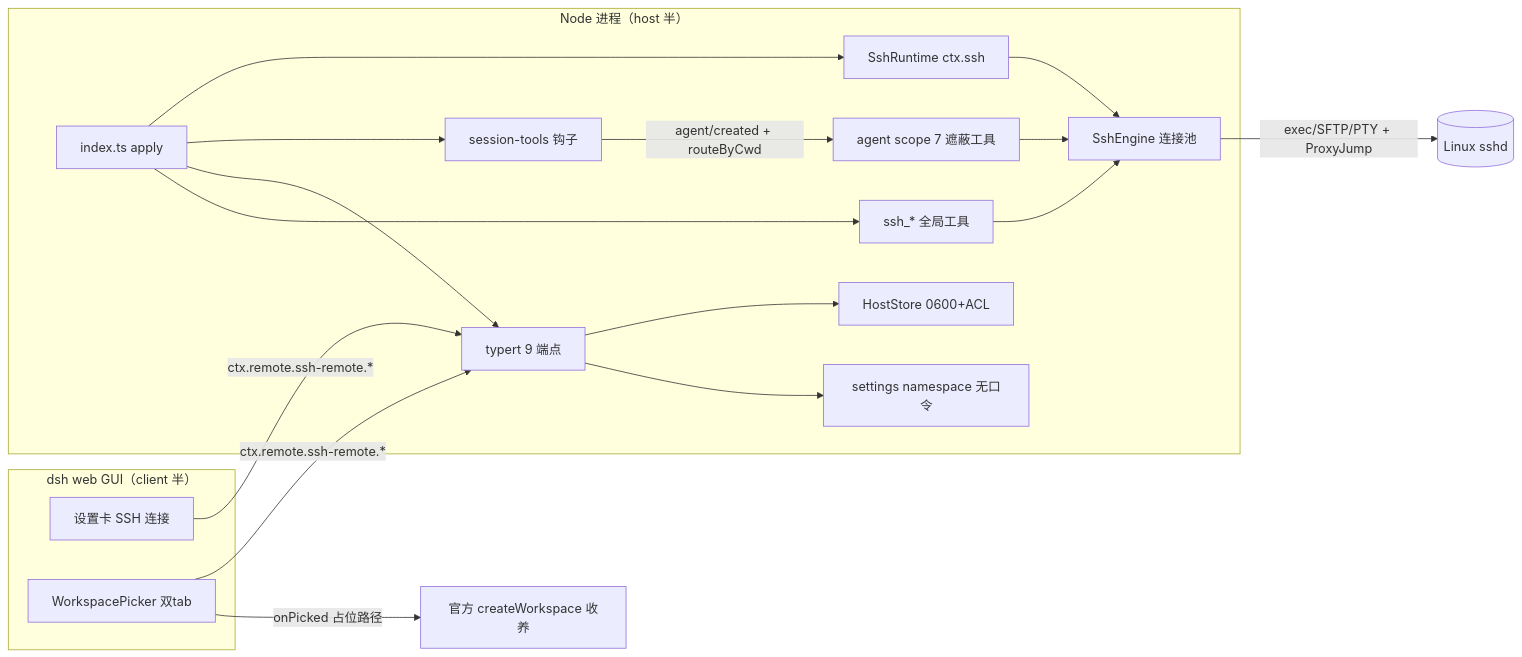
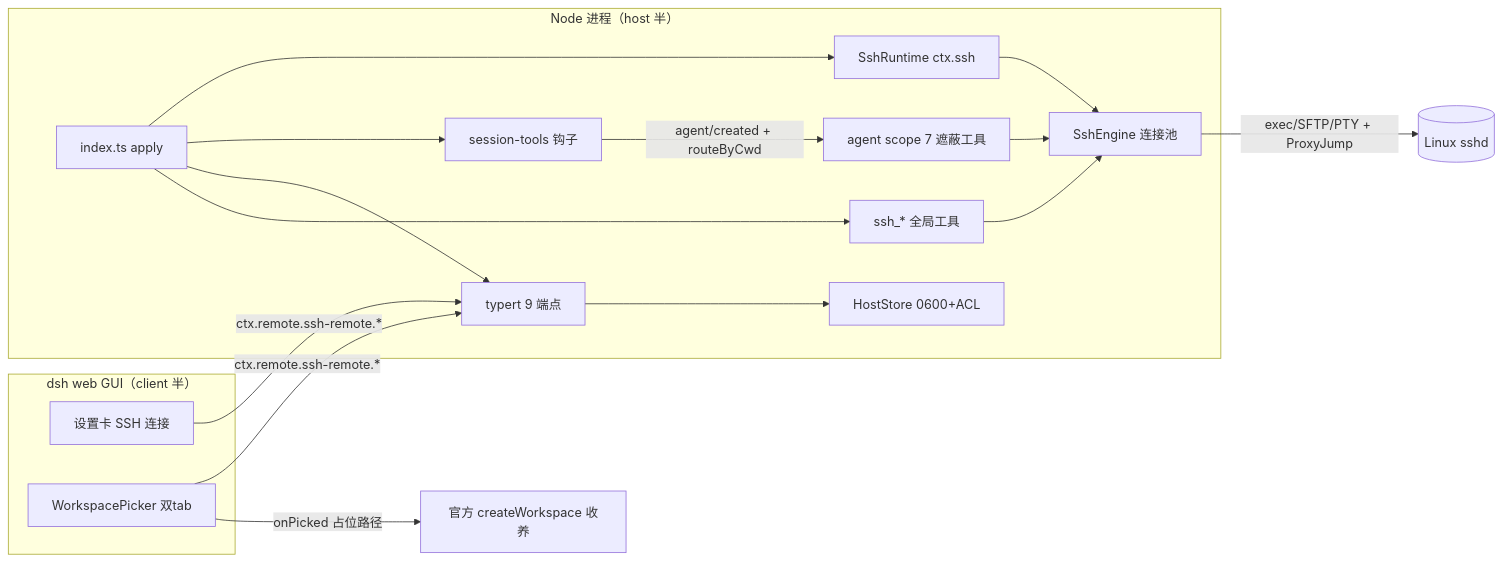
The diagram in docs/REPO-WIKI.md (harryopo/dsh-cloud-workspaces), drawn with Mermaid before and after one commit. The commit also changed other lines of this file and 2 other files, not shown here.

````diff
--- a/docs/REPO-WIKI.md
+++ b/docs/REPO-WIKI.md
@@ -70,23 +67,22 @@
 ```mermaid
 flowchart LR
   subgraph Browser["dsh web GUI（client 半）"]
     CARD[设置卡 SSH 连接]
     PICKER[WorkspacePicker 双tab]
   end
   subgraph Host["Node 进程（host 半）"]
     IDX[index.ts apply] --> RT[SshRuntime ctx.ssh]
     RT --> ENG[SshEngine 连接池]
     IDX --> ST[session-tools 钩子]
     IDX --> TY[typert 9 端点]
     IDX --> TOOLS[ssh_* 全局工具]
     TY --> STORE[HostStore 0600+ACL]
-    TY --> HS[settings namespace 无口令]
     ST -->|agent/created + routeByCwd| SCOPE[agent scope 7 遮蔽工具]
     SCOPE --> ENG
     TOOLS --> ENG
   end
   SERVER[(Linux sshd)]
   CARD & PICKER -->|ctx.remote.ssh-remote.*| TY
   ENG -->|exec/SFTP/PTY + ProxyJump| SERVER
   PICKER -->|onPicked 占位路径| ADOPT[官方 createWorkspace 收养]
 ```
````
